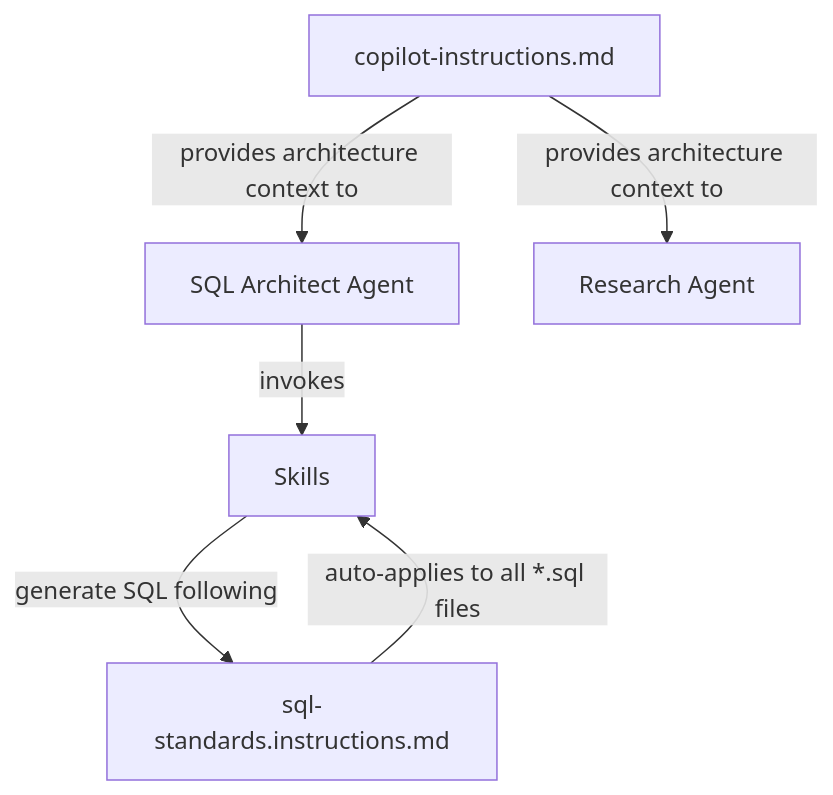
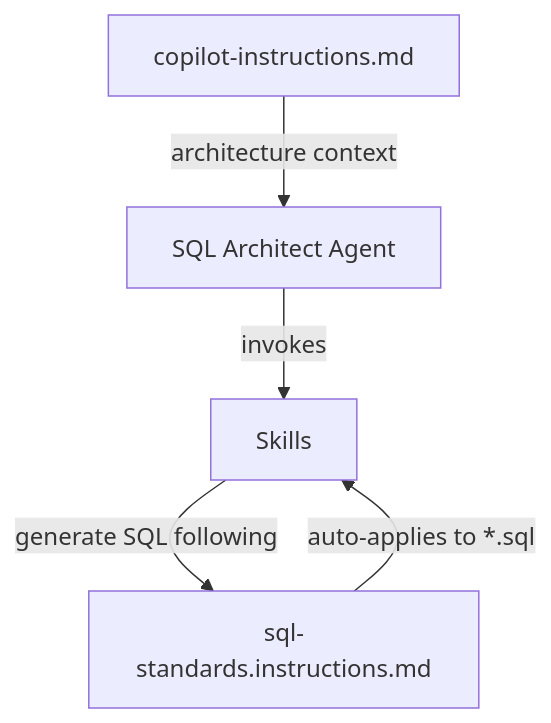
Before and after one commit to d-c-small/Portfolio-Copilot-Agents-Skills: the second of 2 diagrams in README.md, drawn with Mermaid. The commit also changed other lines of this file and 22 other files, not shown here.

````diff
--- a/README.md
+++ b/README.md
@@ -202,8 +155,7 @@
 ```mermaid
 graph TD
-    CI[copilot-instructions.md] -->|"provides architecture context to"| A1[SQL Architect Agent]
-    CI -->|"provides architecture context to"| A2[Research Agent]
-    SS[sql-standards.instructions.md] -->|"auto-applies to all *.sql files"| SK[Skills]
-    A1 -->|"invokes"| SK
-    SK -->|"generate SQL following"| SS
+    CI[copilot-instructions.md] -->|architecture context| A1[SQL Architect Agent]
+    SS[sql-standards.instructions.md] -->|auto-applies to *.sql| SK[Skills]
+    A1 -->|invokes| SK
+    SK -->|generate SQL following| SS
 ```
````
